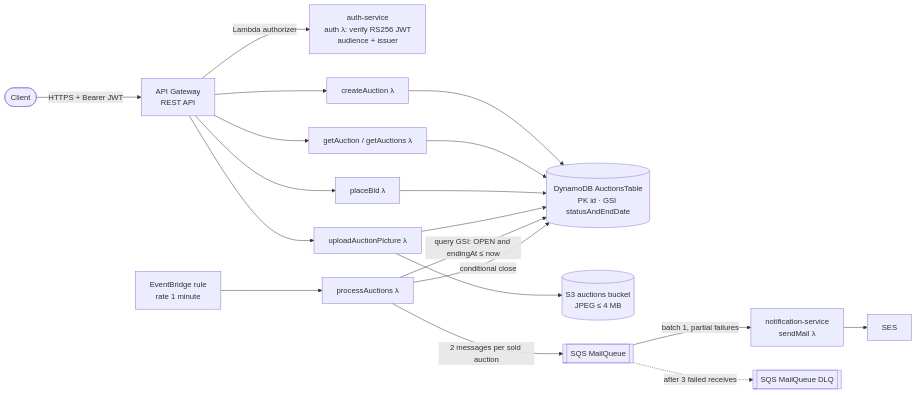
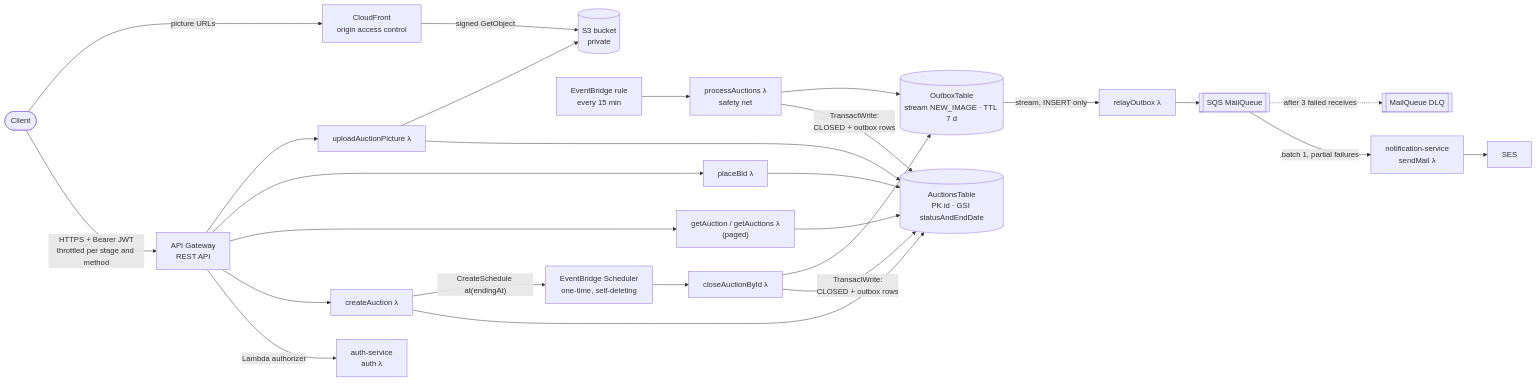
Before and after one commit to UchihaIthachi/serverless-auction-platform: the second of 22 diagrams in docs/architecture.md, drawn with Mermaid. The commit also changed other lines of this file and 36 other files, not shown here.

Commit message:
Outbox + stream relay, per-auction EventBridge Scheduler, throttling, CloudFront OAC, DLQ alarms, paging, OIDC deploy, LocalStack full deploy (13/13), Well-Architected docs

````diff
--- a/docs/architecture.md
+++ b/docs/architecture.md
@@ -7,19 +49,23 @@
 ```mermaid
 flowchart LR
-  client([Client]) -->|HTTPS + Bearer JWT| apigw[API Gateway<br/>REST API]
-  apigw -->|Lambda authorizer| auth[auth-service<br/>auth λ: verify RS256 JWT<br/>audience + issuer]
+  client([Client]) -->|"HTTPS + Bearer JWT<br/>throttled per stage and method"| apigw[API Gateway<br/>REST API]
+  apigw -->|Lambda authorizer| auth[auth-service<br/>auth λ]
   apigw --> create[createAuction λ]
-  apigw --> get[getAuction / getAuctions λ]
+  apigw --> get["getAuction / getAuctions λ<br/>(paged)"]
   apigw --> bid[placeBid λ]
   apigw --> pic[uploadAuctionPicture λ]
-  create & get & bid --> ddb[(DynamoDB AuctionsTable<br/>PK id · GSI statusAndEndDate)]
-  pic --> s3[(S3 auctions bucket<br/>JPEG ≤ 4 MB)]
-  pic --> ddb
-  cron[EventBridge rule<br/>rate 1 minute] --> proc[processAuctions λ]
-  proc -->|query GSI: OPEN and endingAt ≤ now| ddb
-  proc -->|conditional close| ddb
-  proc -->|2 messages per sold auction| q[[SQS MailQueue]]
+  create & get & bid & pic --> ddb[(AuctionsTable<br/>PK id · GSI statusAndEndDate)]
+  create -->|"CreateSchedule at(endingAt)"| sch[EventBridge Scheduler<br/>one-time, self-deleting]
+  sch --> cab[closeAuctionById λ]
+  sweep[EventBridge rule<br/>every 15 min] --> proc[processAuctions λ<br/>safety net]
+  cab & proc -->|"TransactWrite:<br/>CLOSED + outbox rows"| ddb
+  cab & proc --> obx[(OutboxTable<br/>stream NEW_IMAGE · TTL 7 d)]
+  obx -->|stream, INSERT only| relay[relayOutbox λ]
+  relay --> q[[SQS MailQueue]]
   q -->|batch 1, partial failures| mail[notification-service<br/>sendMail λ]
   mail --> ses[SES]
-  q -. after 3 failed receives .-> dlq[[SQS MailQueue DLQ]]
+  q -. after 3 failed receives .-> dlq[[MailQueue DLQ]]
+  pic --> s3[(S3 bucket<br/>private)]
+  cdn[CloudFront<br/>origin access control] -->|signed GetObject| s3
+  client -->|picture URLs| cdn
 ```
````
